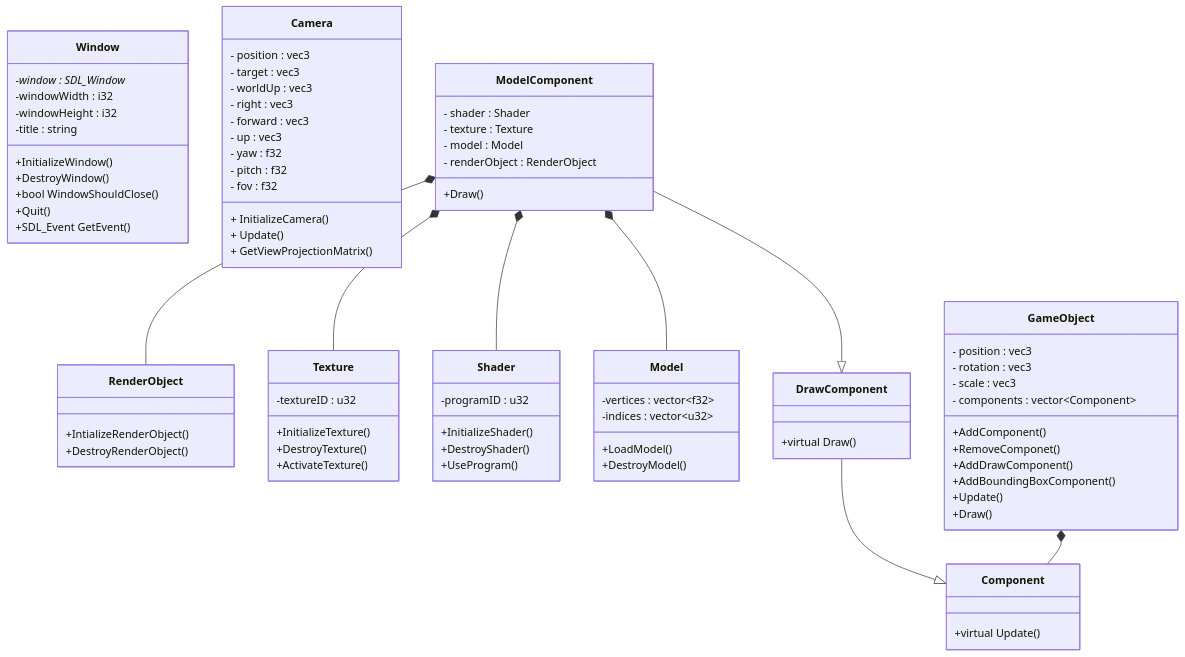
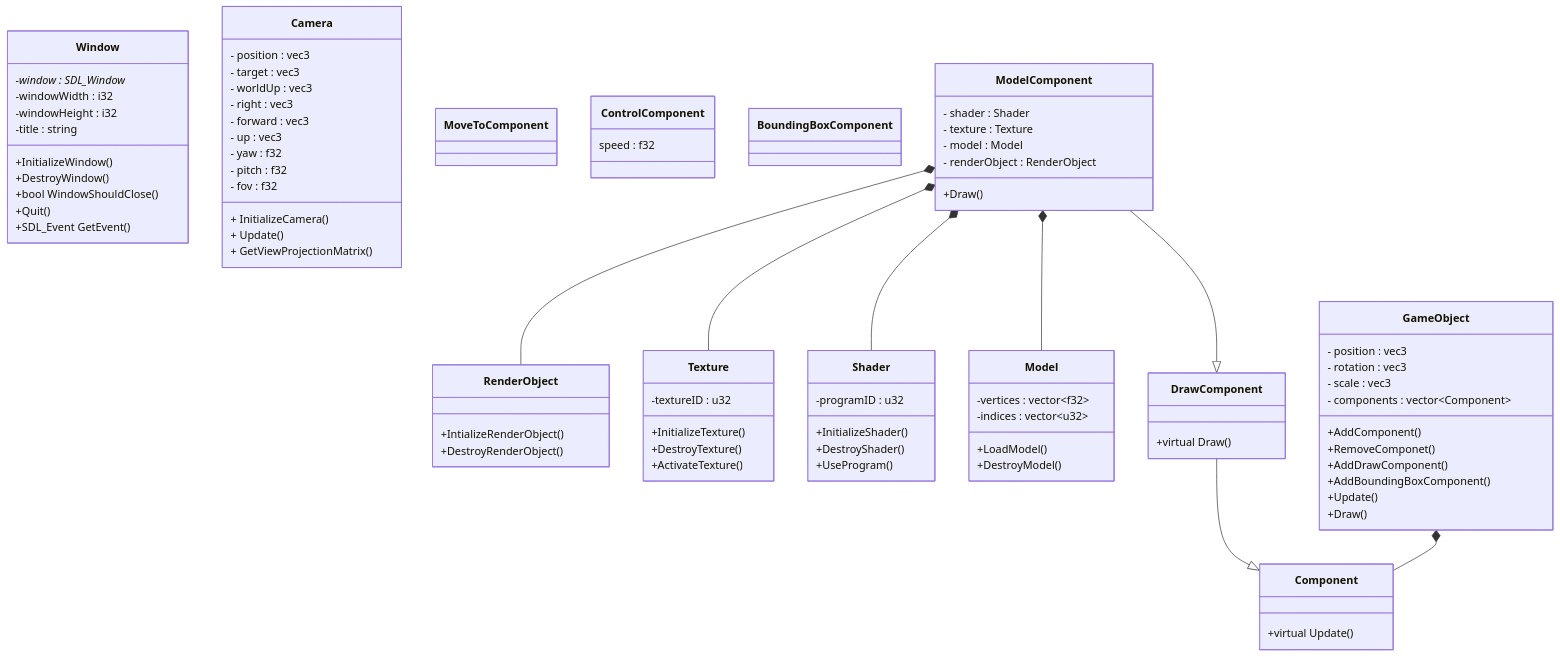
One commit to MeindertKempe/LSD changed the diagram in class_diagram.md. Above: the diagram before and after it, drawn with Mermaid. The commit also changed 6 other files, not shown here.

```diff
--- a/class_diagram.md
+++ b/class_diagram.md
@@ -56,6 +56,19 @@
         +virtual Draw()
     }
 
+    class MoveToComponent{
+        
+    }
+
+    class ControlComponent{
+        speed : f32
+
+    }
+
+    class BoundingBoxComponent{
+
+    }
+
     class ModelComponent{
         - shader : Shader
         - texture : Texture
```
